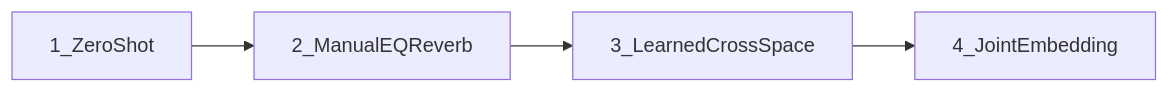
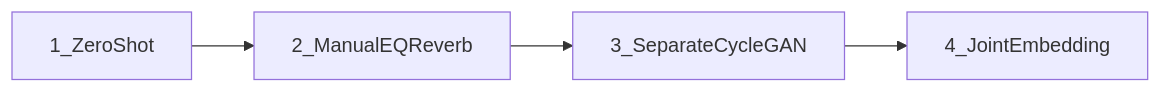
Before and after one commit to pnlong/BRAVE: the diagram in docs/domain_adaptation_arc.md, drawn with Mermaid. The commit also changed other lines of this file and 7 other files, not shown here.

````diff
--- a/docs/domain_adaptation_arc.md
+++ b/docs/domain_adaptation_arc.md
@@ -5,6 +5,6 @@
 ```mermaid
 flowchart LR
   zs[1_ZeroShot] --> manual[2_ManualEQReverb]
-  manual --> learned[3_LearnedCrossSpace]
-  learned --> joint[4_JointEmbedding]
+  manual --> separate[3_SeparateCycleGAN]
+  separate --> joint[4_JointEmbedding]
 ```
````
